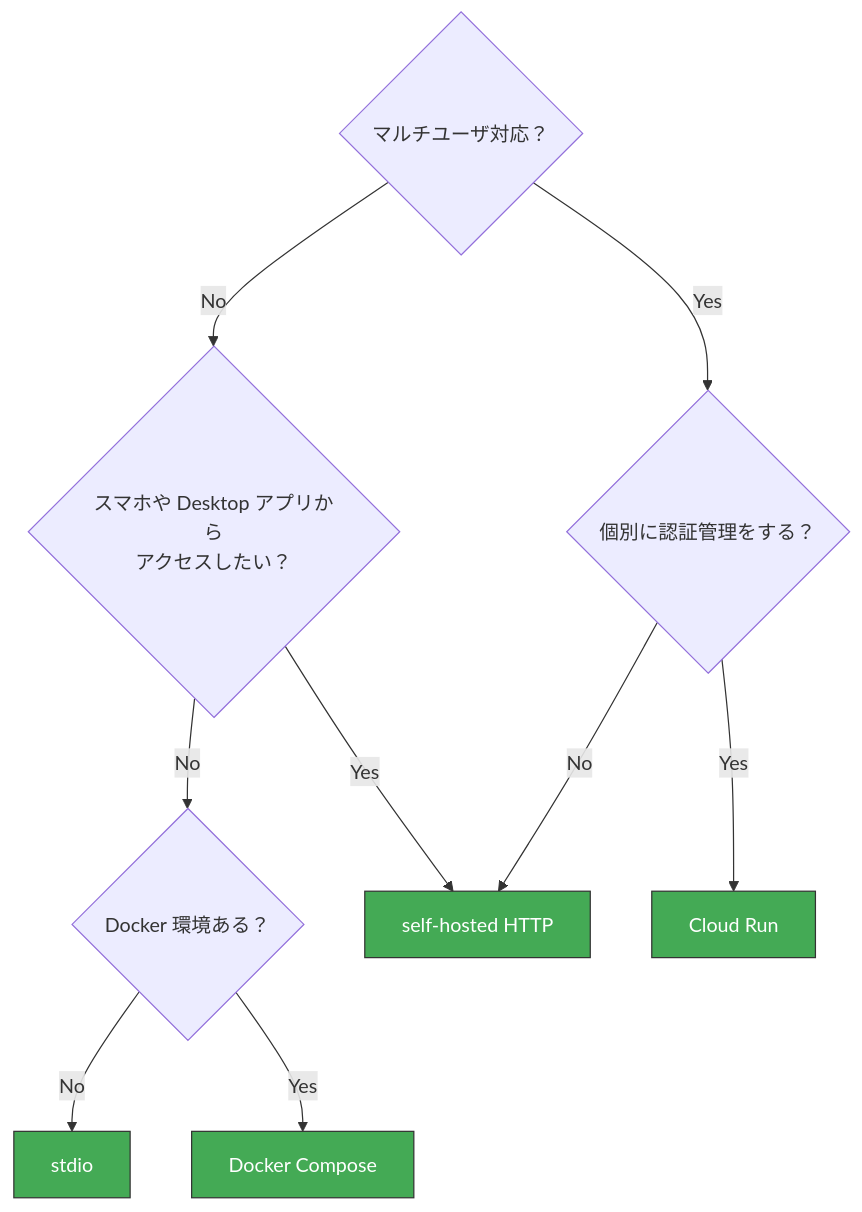
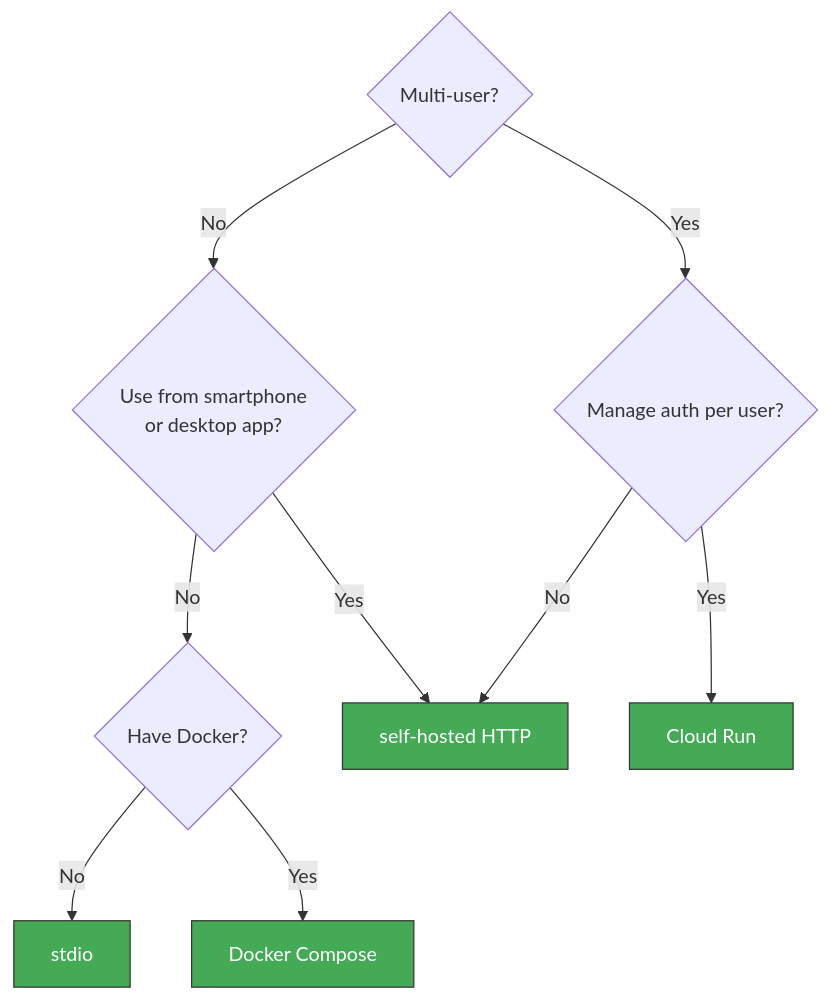
Before and after one commit to shigechika/jquants-mcp: the first of 5 diagrams in docs/deploy/README.md, drawn with Mermaid. The commit also changed 1 other file, not shown here.

Commit message:
docs: fix deploy flowchart — English in README.md, Japanese in README.ja.md
- README.md: replace Japanese labels with English equivalents
- README.ja.md: update to simplified labels, move flowchart above shape details,
  put いいえ edges before はい (consistent with No-always-left convention)

````diff
--- a/docs/deploy/README.md
+++ b/docs/deploy/README.md
@@ -14,20 +14,20 @@
 ```mermaid
 flowchart TD
-    Q1{"マルチユーザ対応？"}
-    Q1 -->|No| Q2{"スマホや Desktop アプリから<br/>アクセスしたい？"}
-    Q1 -->|Yes| Q3{"個別に認証管理をする？"}
+    Q1{"Multi-user?"}
+    Q1 -->|No| Q2{"Use from smartphone<br/>or desktop app?"}
+    Q1 -->|Yes| Q3{"Manage auth per user?"}
 
-    Q2 -->|No| Q4{"Docker 環境ある？"}
+    Q2 -->|No| Q4{"Have Docker?"}
     Q2 -->|Yes| R3["self-hosted HTTP"]
 
     Q4 -->|No| R2["stdio"]
     Q4 -->|Yes| R1["Docker Compose"]
 
     Q3 -->|No| R3
     Q3 -->|Yes| R4["Cloud Run"]
 
     style R1 fill:#4a5,stroke:#333,color:#fff
     style R2 fill:#4a5,stroke:#333,color:#fff
     style R3 fill:#4a5,stroke:#333,color:#fff
     style R4 fill:#4a5,stroke:#333,color:#fff
 ```
````
